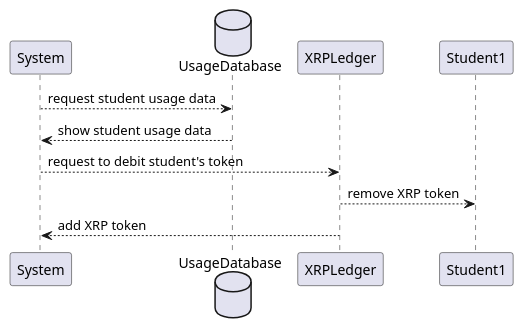
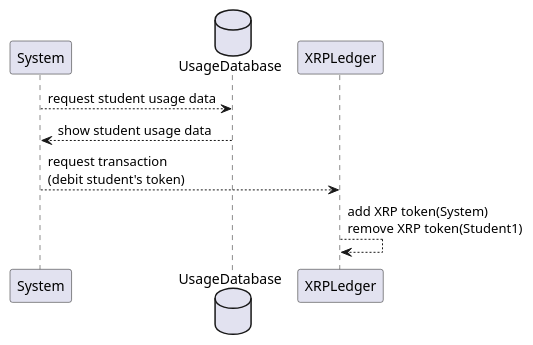
The diagram in Seq07_EverydayDebitToken.plantuml (KyotoUniv-SIC/electoric-power-exchange), drawn with PlantUML before and after one commit. The commit also changed 9 other files, not shown here.

```diff
--- a/Seq07_EverydayDebitToken.plantuml
+++ b/Seq07_EverydayDebitToken.plantuml
@@ -1,12 +1,10 @@
 @startuml sequence
 participant System   as sys
-database UsageDatabase as db
+database UsageDatabase as db1
 participant XRPLedger as xl
-participant Student1 as st1
 
-sys --> db : request student usage data
-db --> sys : show student usage data
-sys --> xl : request to debit student's token
-xl --> st1 : remove XRP token
-xl --> sys : add XRP token
+sys --> db1 : request student usage data
+db1 --> sys : show student usage data
+sys --> xl : request transaction\n(debit student's token)
+xl --> xl : add XRP token(System)\nremove XRP token(Student1)
 @enduml
```
